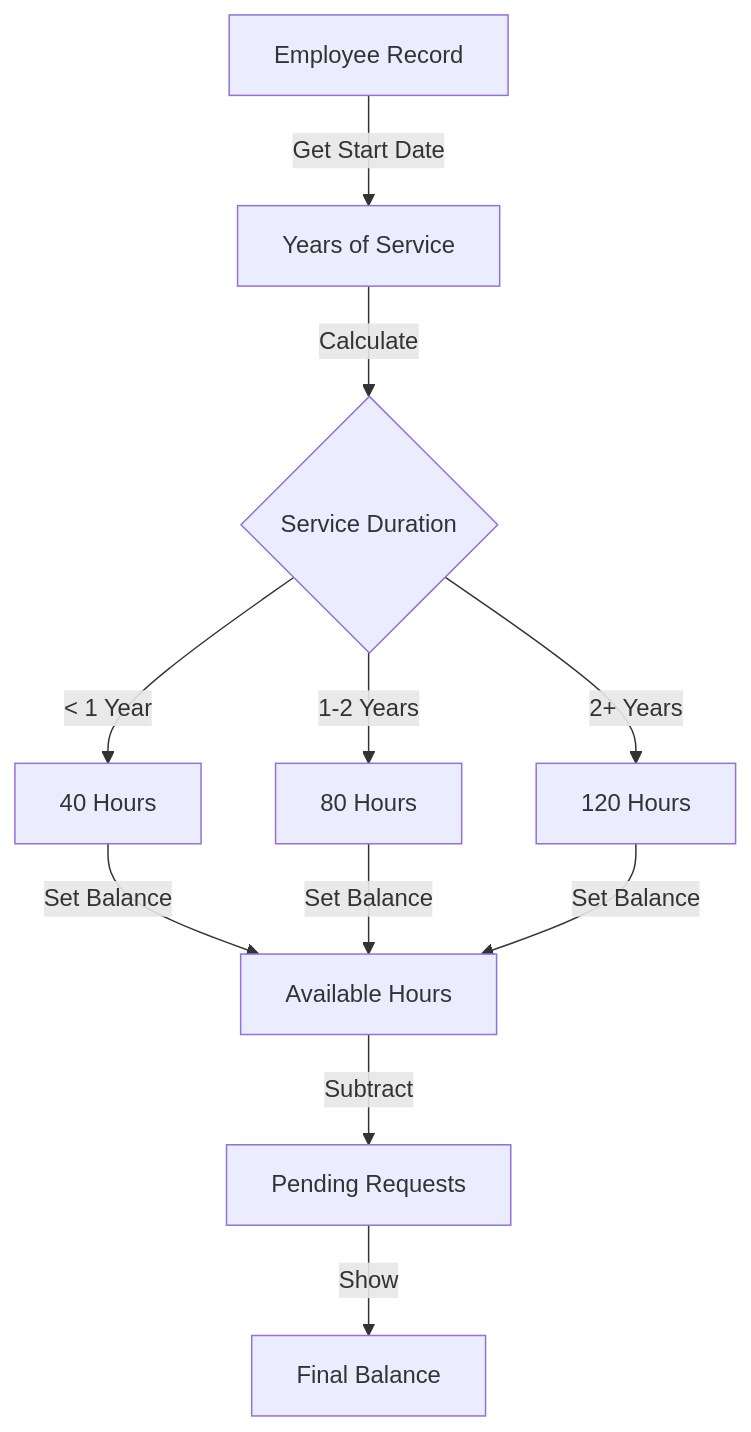
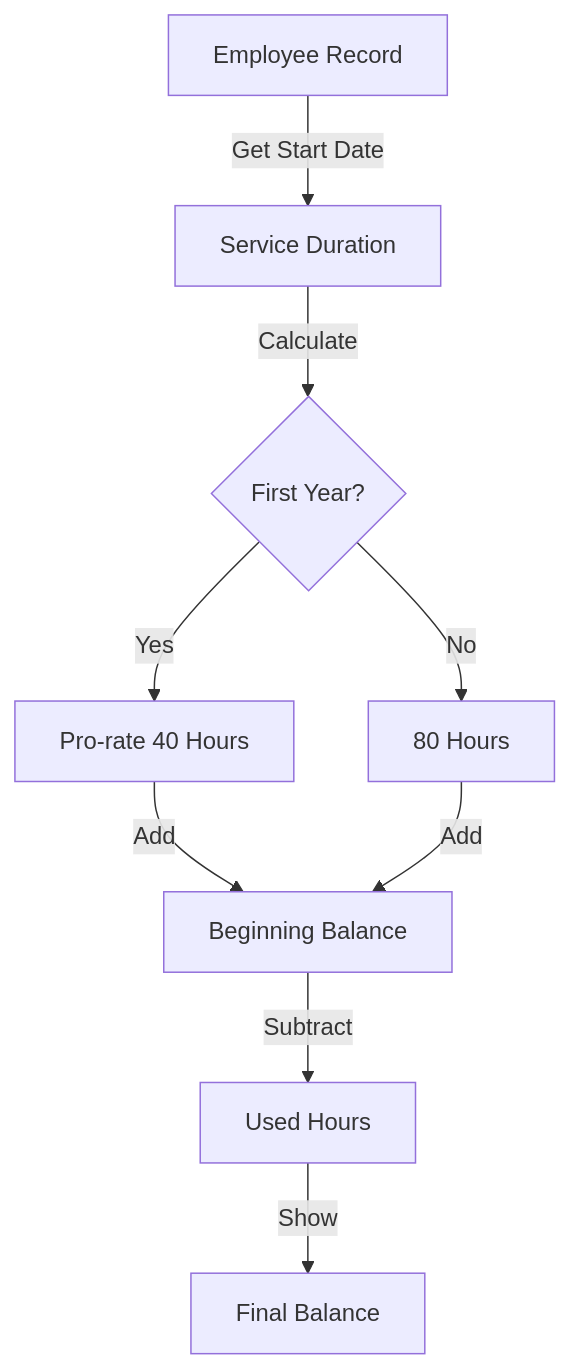
Before and after one commit to l2laihub/employee-time-tracking-app: the fourth of 5 diagrams in docs/features/pto/pto-feature-overview.md, drawn with Mermaid. The commit also changed other lines of this file and 9 other files, not shown here.

````diff
--- a/docs/features/pto/pto-feature-overview.md
+++ b/docs/features/pto/pto-feature-overview.md
@@ -88,13 +101,10 @@
 ```mermaid
 flowchart TD
-    A[Employee Record] -->|Get Start Date| B[Years of Service]
-    B -->|Calculate| C{Service Duration}
-    C -->|< 1 Year| D[40 Hours]
-    C -->|1-2 Years| E[80 Hours]
-    C -->|2+ Years| F[120 Hours]
-    D -->|Set Balance| G[Available Hours]
-    E -->|Set Balance| G
-    F -->|Set Balance| G
-    G -->|Subtract| H[Pending Requests]
-    H -->|Show| I[Final Balance]
+    A[Employee Record] -->|Get Start Date| B[Service Duration]
+    B -->|Calculate| C{First Year?}
+    C -->|Yes| D[Pro-rate 40 Hours]
+    C -->|No| E[80 Hours]
+    D & E -->|Add| F[Beginning Balance]
+    F -->|Subtract| G[Used Hours]
+    G -->|Show| H[Final Balance]
 ```
````
